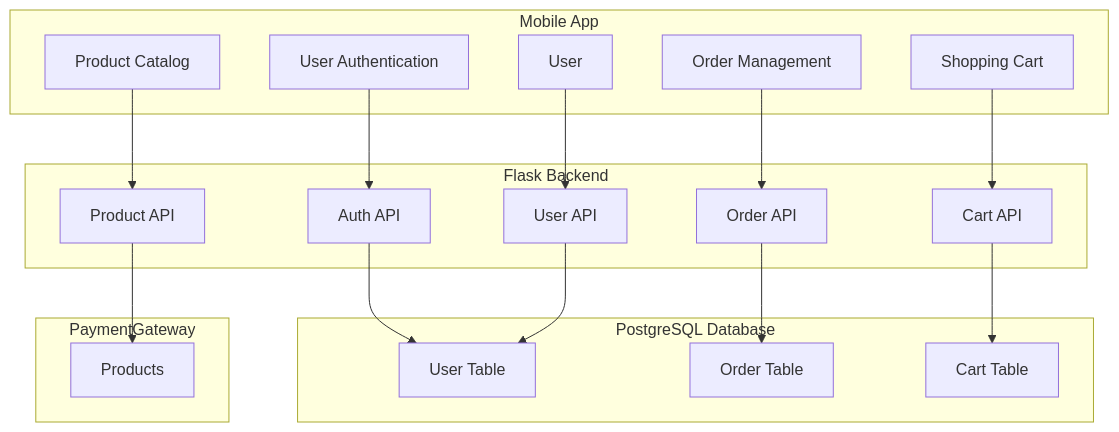
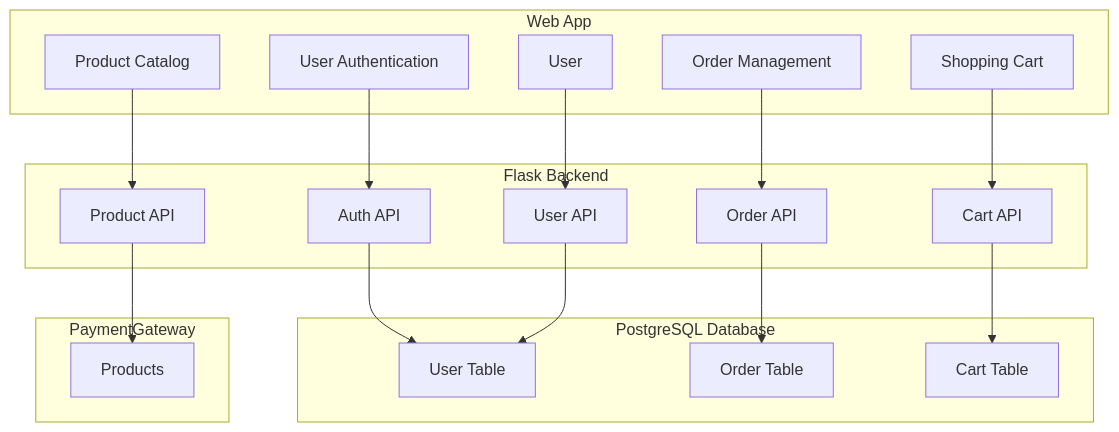
Before and after one commit to mariodujic/Marketplace-BE: the diagram in README.md, drawn with Mermaid.

````diff
--- a/README.md
+++ b/README.md
@@ -33,40 +33,40 @@
 ```mermaid
 graph TD;
-    subgraph Mobile App
+    subgraph Web App
         Auth[User Authentication];
         Catalog[Product Catalog];
         Cart[Shopping Cart];
         Order[Order Management];
         User[User];
     end
 
     subgraph Flask Backend
         AuthAPI[Auth API];
         ProductAPI[Product API];
         CartAPI[Cart API];
         OrderAPI[Order API];
         UserAPI[User API];
     end
 
     subgraph PostgreSQL Database
         UserTable[User Table];
         OrderTable[Order Table];
         CartTable[Cart Table];
     end
 
     subgraph PaymentGateway
         StripeProducts[Products];
     end
 
     Auth --> AuthAPI
     Catalog --> ProductAPI
     Cart --> CartAPI
     Order --> OrderAPI
     User --> UserAPI
 
     AuthAPI --> UserTable
     ProductAPI --> StripeProducts
     CartAPI --> CartTable
     OrderAPI --> OrderTable
     UserAPI --> UserTable
 ```
````
